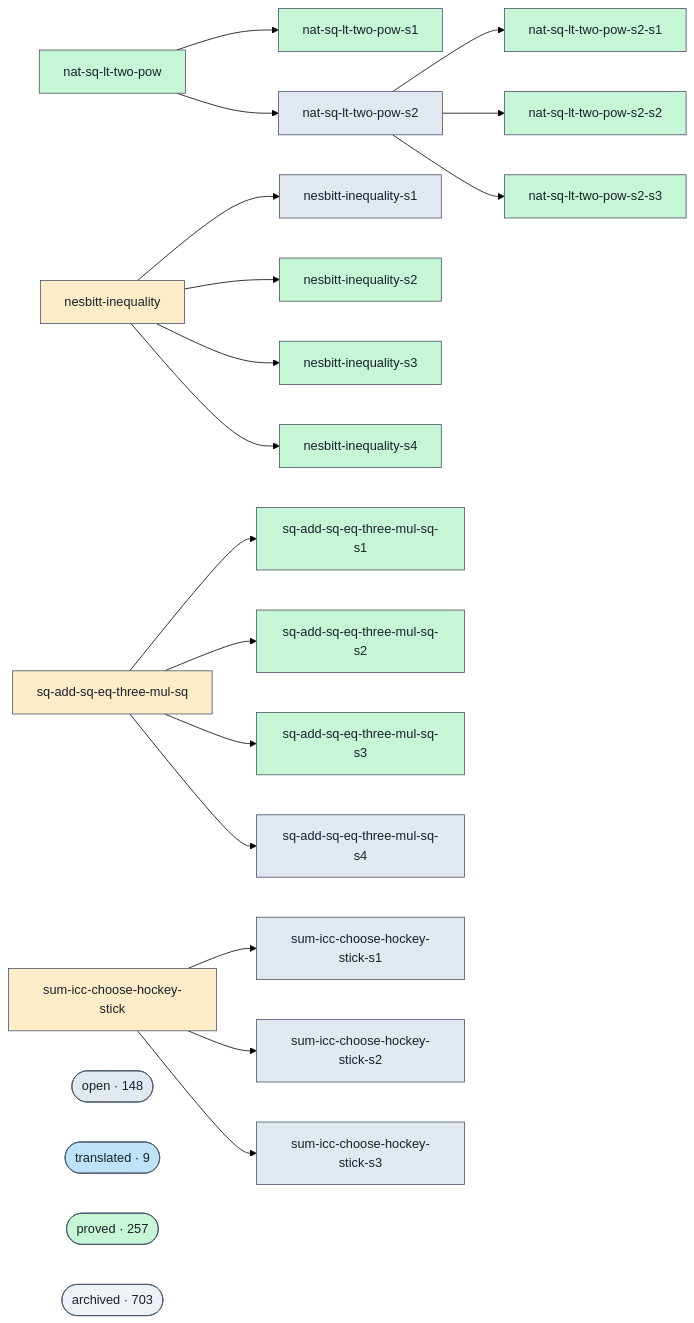
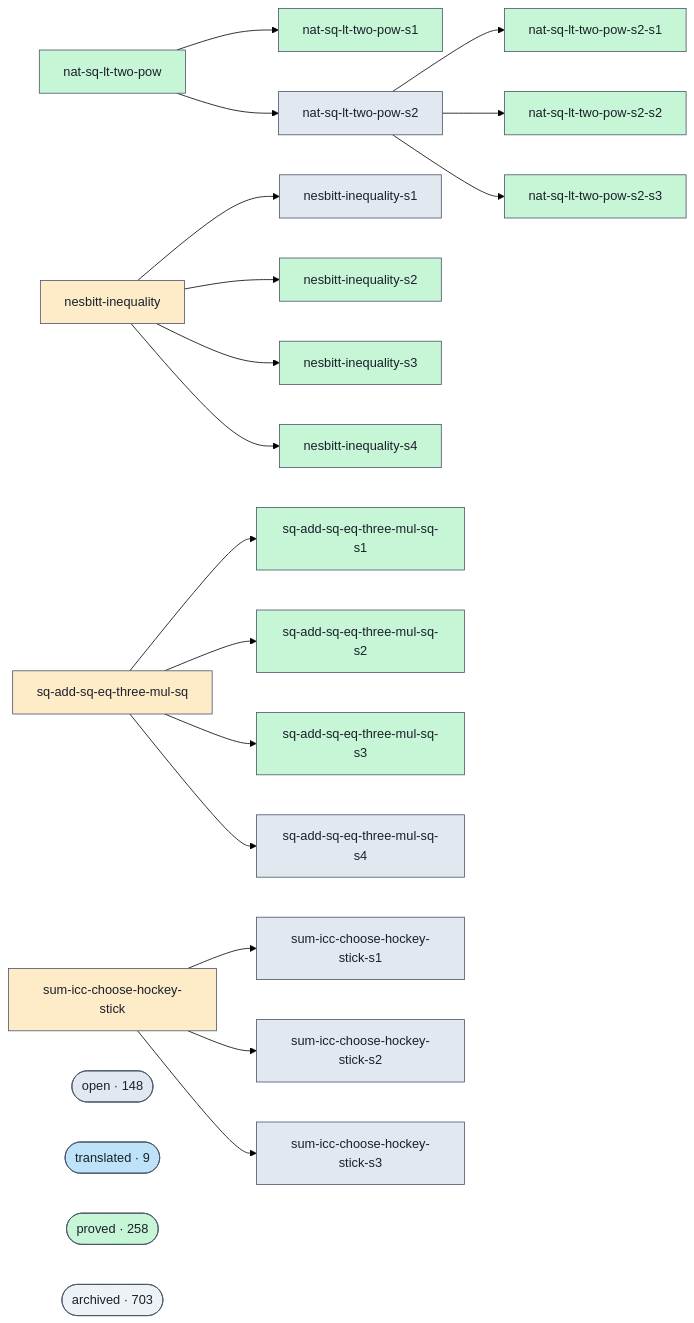
One commit to ohdearquant/unsorry changed the diagram in docs/proofs-contributors-visualisation.md. Above: the diagram before and after it, drawn with Mermaid (forest theme). The commit also changed other lines of this file and 2 other files, not shown here.

```diff
--- a/docs/proofs-contributors-visualisation.md
+++ b/docs/proofs-contributors-visualisation.md
@@ -102,7 +102,7 @@
   class cluster_open open;
   cluster_translated(["translated · 9"])
   class cluster_translated translated;
-  cluster_proved(["proved · 257"])
+  cluster_proved(["proved · 258"])
   class cluster_proved proved;
   cluster_archived(["archived · 703"])
   class cluster_archived unknown;
```
